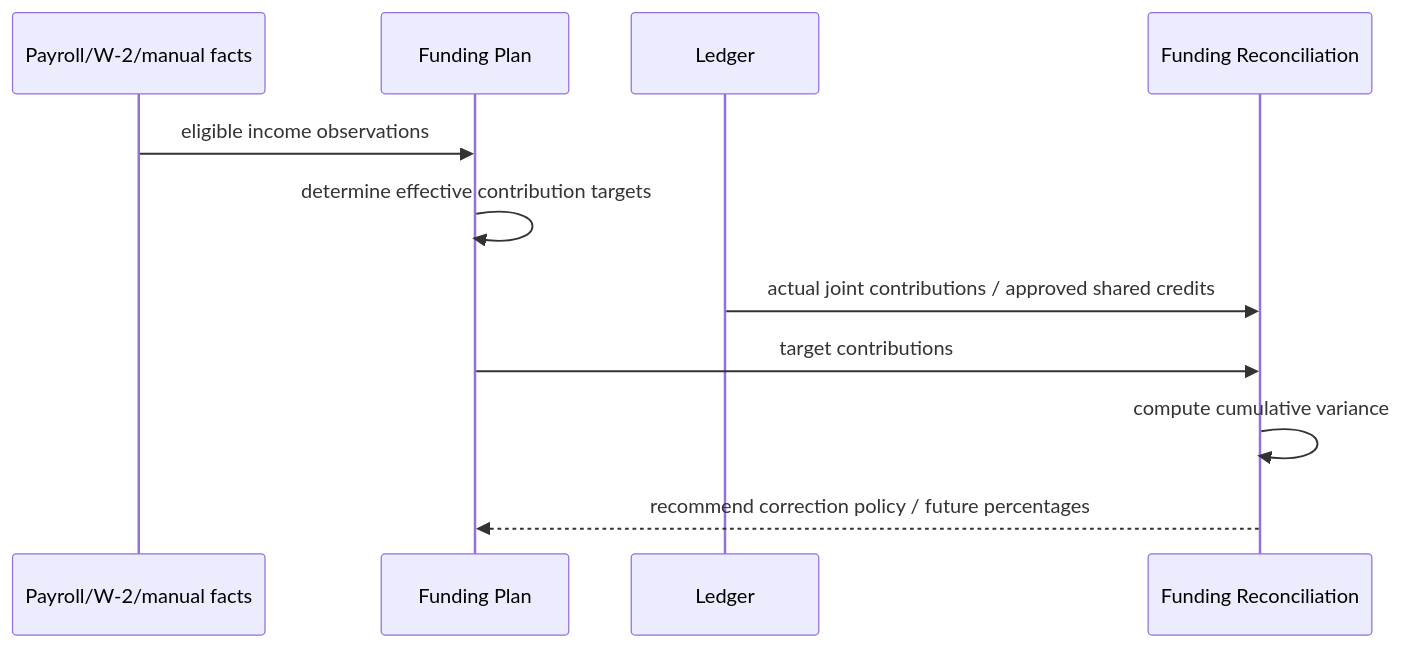
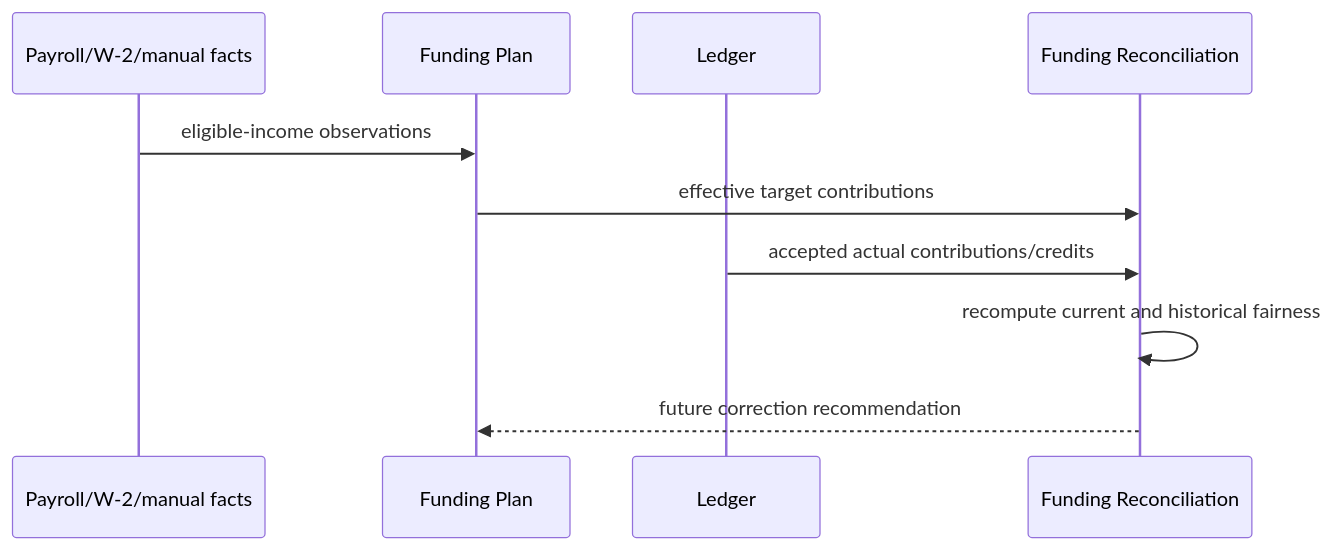
Before and after one commit to blac9216/Pryvance: the eighth of 9 diagrams in docs/explanation/architecture.md, drawn with Mermaid. The commit also changed other lines of this file and 6 other files, not shown here.

````diff
--- a/docs/explanation/architecture.md
+++ b/docs/explanation/architecture.md
@@ -293,14 +266,13 @@
 ```mermaid
 sequenceDiagram
     participant Facts as Payroll/W-2/manual facts
     participant Funding as Funding Plan
     participant Ledger
     participant Recon as Funding Reconciliation
 
-    Facts->>Funding: eligible income observations
-    Funding->>Funding: determine effective contribution targets
-    Ledger->>Recon: actual joint contributions / approved shared credits
-    Funding->>Recon: target contributions
-    Recon->>Recon: compute cumulative variance
-    Recon-->>Funding: recommend correction policy / future percentages
+    Facts->>Funding: eligible-income observations
+    Funding->>Recon: effective target contributions
+    Ledger->>Recon: accepted actual contributions/credits
+    Recon->>Recon: recompute current and historical fairness
+    Recon-->>Funding: future correction recommendation
 ```
````
